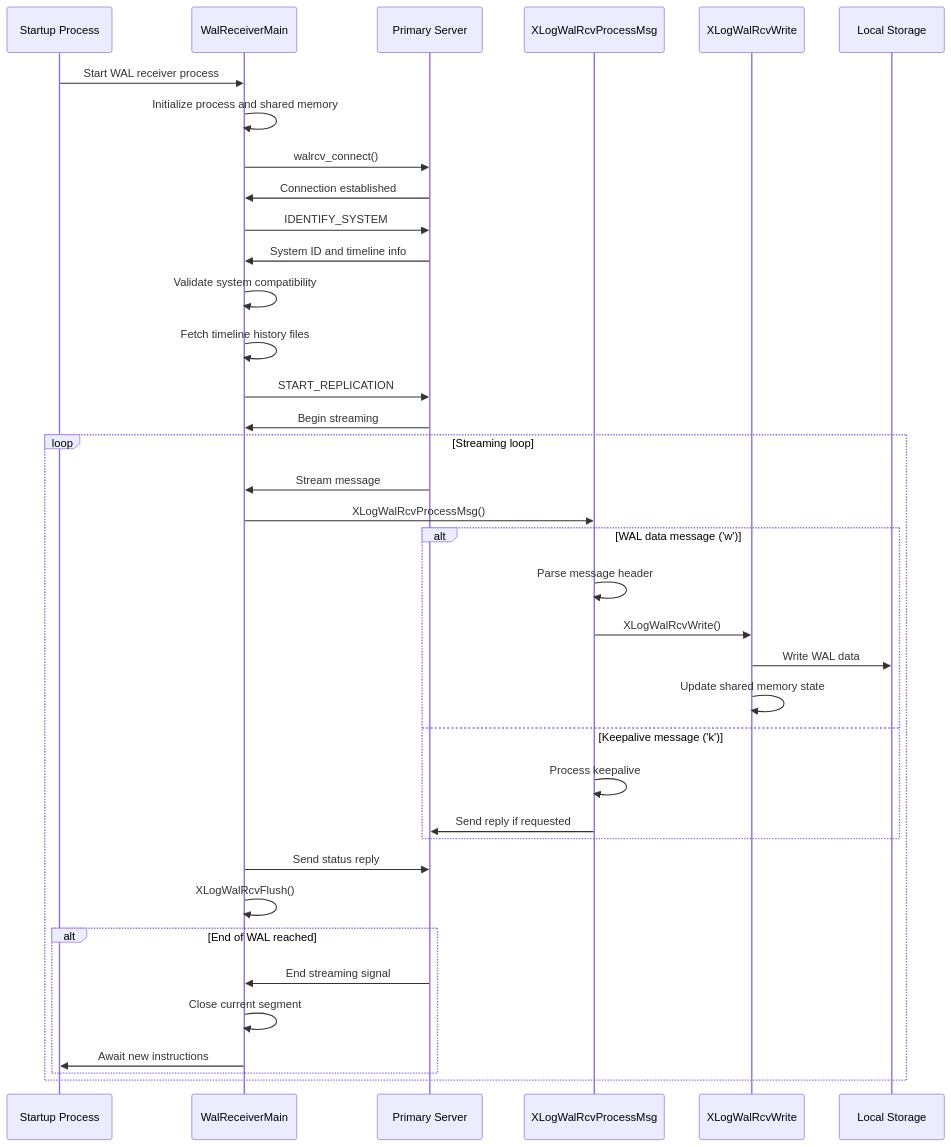
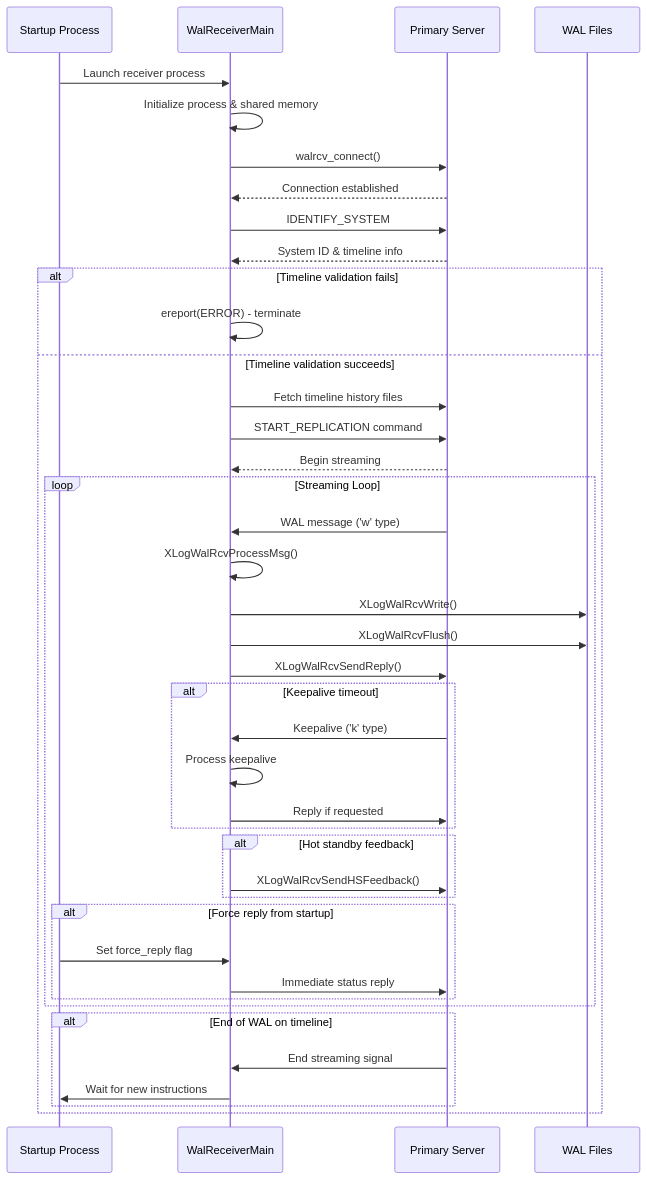
One commit to ryogrid/create_pg_super_document changed the second of 2 diagrams in topic_specific_generated_docs/about_wal/component_replication_receiver.md. Above: the diagram before and after it, drawn with Mermaid. The commit also changed other lines of this file and 34 other files, not shown here.

````diff
--- a/topic_specific_generated_docs/about_wal/component_replication_receiver.md
+++ b/topic_specific_generated_docs/about_wal/component_replication_receiver.md
@@ -249,47 +229,52 @@
 ```mermaid
 sequenceDiagram
-    participant SP as Startup Process
-    participant WRM as WalReceiverMain
+    participant Startup as Startup Process
+    participant WalRcv as WalReceiverMain
     participant Primary as Primary Server
-    participant XPM as XLogWalRcvProcessMsg
-    participant XWW as XLogWalRcvWrite
-    participant Disk as Local Storage
+    participant WALFiles as WAL Files
 
-    SP->>WRM: Start WAL receiver process
-    WRM->>WRM: Initialize process and shared memory
-    WRM->>Primary: walrcv_connect()
+    Startup->>WalRcv: Launch receiver process
+    WalRcv->>WalRcv: Initialize process & shared memory
 
-    Primary->>WRM: Connection established
-    WRM->>Primary: IDENTIFY_SYSTEM
-    Primary->>WRM: System ID and timeline info
+    WalRcv->>Primary: walrcv_connect()
+    Primary-->>WalRcv: Connection established
 
-    WRM->>WRM: Validate system compatibility
-    WRM->>WRM: Fetch timeline history files
-    WRM->>Primary: START_REPLICATION
+    WalRcv->>Primary: IDENTIFY_SYSTEM
+    Primary-->>WalRcv: System ID & timeline info
 
-    Primary->>WRM: Begin streaming
+    alt Timeline validation fails
+        WalRcv->>WalRcv: ereport(ERROR) - terminate
+    else Timeline validation succeeds
+        WalRcv->>Primary: Fetch timeline history files
+        WalRcv->>Primary: START_REPLICATION command
+        Primary-->>WalRcv: Begin streaming
 
-    loop Streaming loop
-        Primary->>WRM: Stream message
-        WRM->>XPM: XLogWalRcvProcessMsg()
+        loop Streaming Loop
+            Primary->>WalRcv: WAL message ('w' type)
+            WalRcv->>WalRcv: XLogWalRcvProcessMsg()
+            WalRcv->>WALFiles: XLogWalRcvWrite()
+            WalRcv->>WALFiles: XLogWalRcvFlush()
+            WalRcv->>Primary: XLogWalRcvSendReply()
 
-        alt WAL data message ('w')
-            XPM->>XPM: Parse message header
-            XPM->>XWW: XLogWalRcvWrite()
-            XWW->>Disk: Write WAL data
-            XWW->>XWW: Update shared memory state
-        else Keepalive message ('k')
-            XPM->>XPM: Process keepalive
-            XPM->>Primary: Send reply if requested
+            alt Keepalive timeout
+                Primary->>WalRcv: Keepalive ('k' type)
+                WalRcv->>WalRcv: Process keepalive
+                WalRcv->>Primary: Reply if requested
+            end
+
+            alt Hot standby feedback
+                WalRcv->>Primary: XLogWalRcvSendHSFeedback()
+            end
+
+            alt Force reply from startup
+                Startup->>WalRcv: Set force_reply flag
+                WalRcv->>Primary: Immediate status reply
+            end
         end
 
-        WRM->>Primary: Send status reply
-        WRM->>WRM: XLogWalRcvFlush()
-
-        alt End of WAL reached
-            Primary->>WRM: End streaming signal
-            WRM->>WRM: Close current segment
-            WRM->>SP: Await new instructions
+        alt End of WAL on timeline
+            Primary->>WalRcv: End streaming signal
+            WalRcv->>Startup: Wait for new instructions
         end
     end
 ```
````
